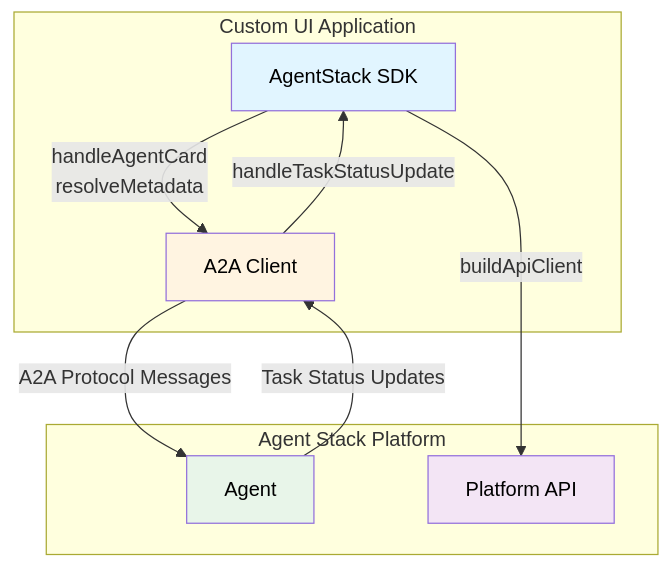
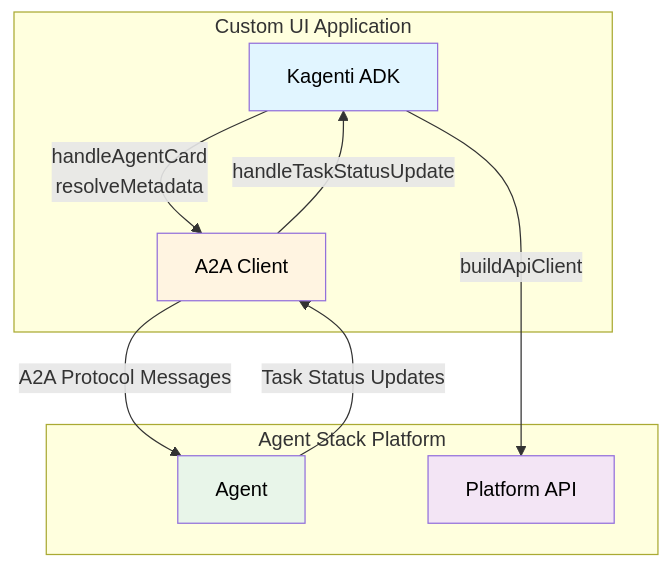
The diagram in docs/development/custom-ui/getting-started.mdx (kagenti/agent-toolkit), drawn with Mermaid before and after one commit. The commit also changed 433 other files, not shown here.

Commit message:
refactor(sdk): rename agentstack-sdk to kagenti-adk

````diff
--- a/docs/development/custom-ui/getting-started.mdx
+++ b/docs/development/custom-ui/getting-started.mdx
@@ -143,23 +143,23 @@
 ```mermaid
 graph TB
     subgraph CustomUI [Custom UI Application]
-        SDK[AgentStack SDK]
+        SDK[Kagenti ADK]
         A2AClient[A2A Client]
     end
     
     subgraph AgentStack [Agent Stack Platform]
         Agent[Agent]
         API[Platform API]
     end
     
     SDK -->|"handleAgentCard<br/>resolveMetadata"| A2AClient
     A2AClient -->|"A2A Protocol Messages"| Agent
     Agent -->|"Task Status Updates"| A2AClient
     A2AClient -->|"handleTaskStatusUpdate"| SDK
     SDK -->|"buildApiClient"| API
     
     style SDK fill:#e1f5ff,color:#000
     style A2AClient fill:#fff4e1,color:#000
     style Agent fill:#e8f5e9,color:#000
     style API fill:#f3e5f5,color:#000
 ```
````
